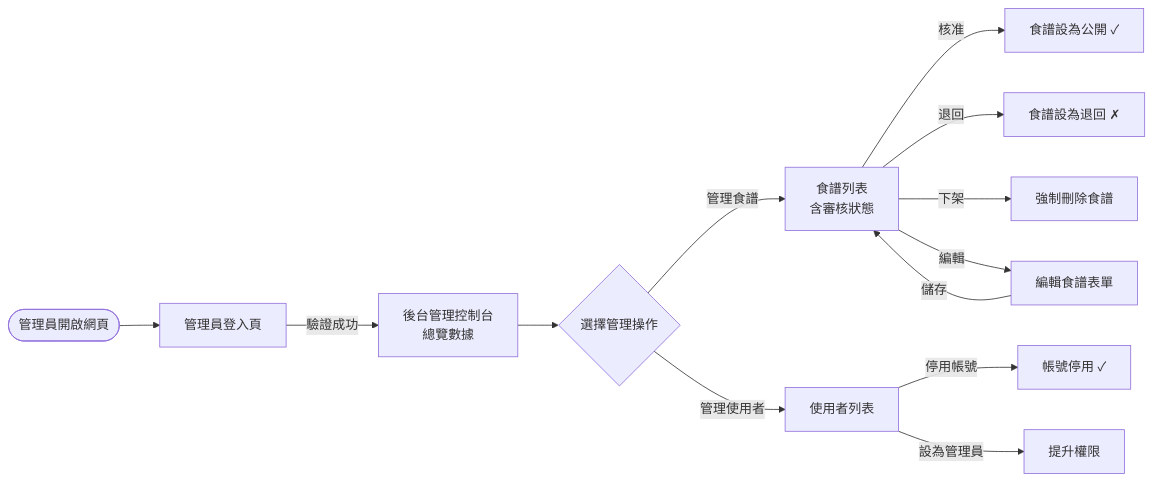
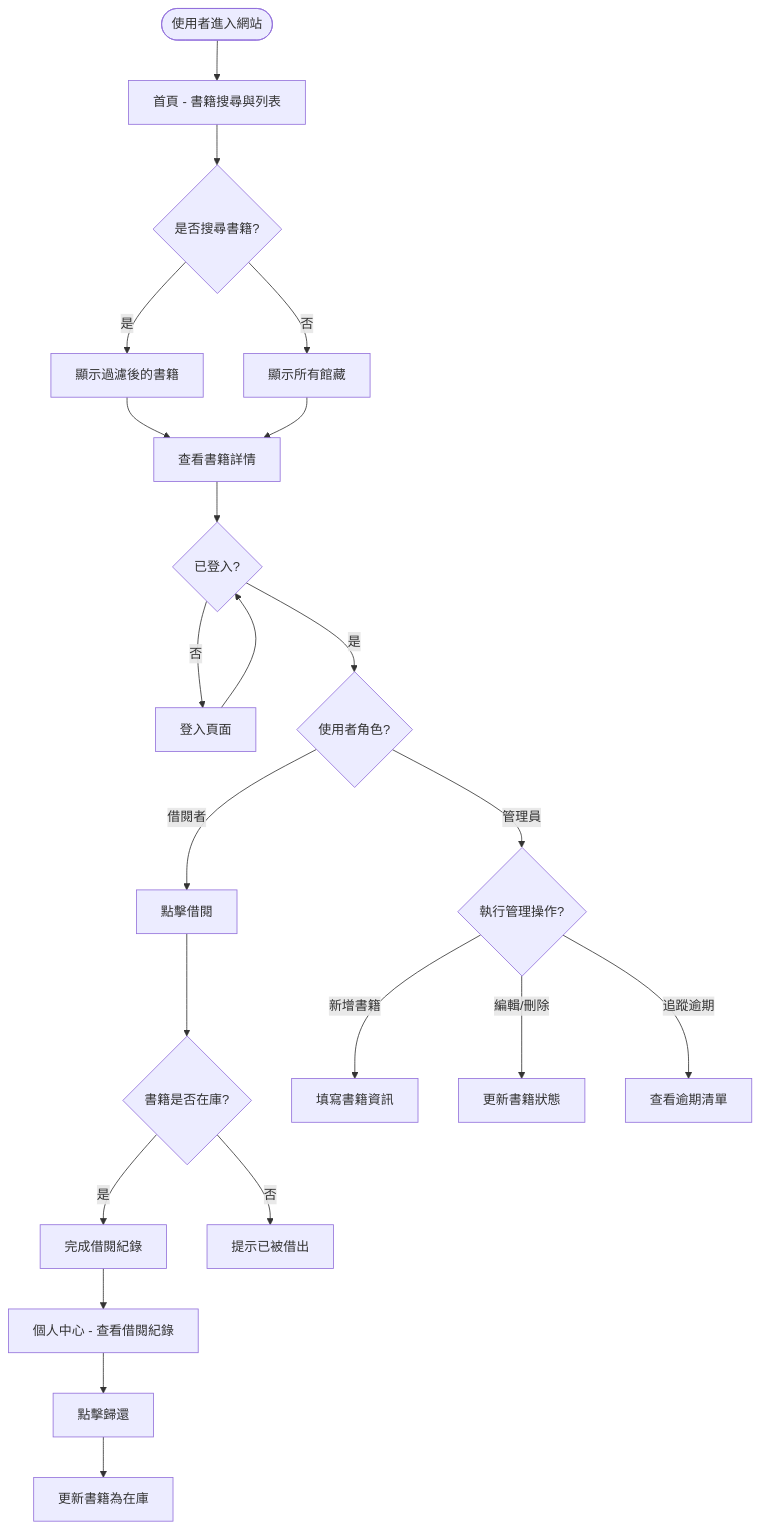
The first of 2 diagrams in docs/FLOWCHART.md (d1420235o365/web_app_development), drawn with Mermaid before and after one commit. The commit also changed other lines of this file, not shown here.

Commit message:
docs: add user flowchart

````diff
--- a/docs/FLOWCHART.md
+++ b/docs/FLOWCHART.md
@@ -55,18 +7,29 @@
 ```mermaid
-flowchart LR
-    AdminStart([管理員開啟網頁]) --> AdminLogin[管理員登入頁]
-    AdminLogin -->|驗證成功| Dashboard[後台管理控制台\n總覽數據]
-
-    Dashboard --> AdminAction{選擇管理操作}
-
-    AdminAction -->|管理食譜| RecipeList[食譜列表\n含審核狀態]
-    RecipeList -->|核准| Approve[食譜設為公開 ✓]
-    RecipeList -->|退回| Reject[食譜設為退回 ✗]
-    RecipeList -->|下架| Delete[強制刪除食譜]
-    RecipeList -->|編輯| EditForm[編輯食譜表單]
-    EditForm -->|儲存| RecipeList
-
-    AdminAction -->|管理使用者| UserList[使用者列表]
-    UserList -->|停用帳號| DisableUser[帳號停用 ✓]
-    UserList -->|設為管理員| SetAdmin[提升權限]
+flowchart TD
+    Start([使用者進入網站]) --> Home[首頁 - 書籍搜尋與列表]
+    Home --> Search{是否搜尋書籍?}
+    Search -->|是| SearchResult[顯示過濾後的書籍]
+    Search -->|否| AllBooks[顯示所有館藏]
+    
+    SearchResult & AllBooks --> Detail[查看書籍詳情]
+    
+    Detail --> AuthCheck{已登入?}
+    AuthCheck -->|否| Login[登入頁面]
+    Login --> AuthCheck
+    
+    AuthCheck -->|是| RoleCheck{使用者角色?}
+    
+    RoleCheck -->|借閱者| BorrowAction[點擊借閱]
+    BorrowAction --> BorrowStatus{書籍是否在庫?}
+    BorrowStatus -->|是| BorrowSuccess[完成借閱紀錄]
+    BorrowStatus -->|否| BorrowFail[提示已被借出]
+    
+    RoleCheck -->|管理員| AdminAction{執行管理操作?}
+    AdminAction -->|新增書籍| AddBook[填寫書籍資訊]
+    AdminAction -->|編輯/刪除| EditBook[更新書籍狀態]
+    AdminAction -->|追蹤逾期| OverdueList[查看逾期清單]
+    
+    BorrowSuccess --> Profile[個人中心 - 查看借閱紀錄]
+    Profile --> ReturnAction[點擊歸還]
+    ReturnAction --> ReturnSuccess[更新書籍為在庫]
 ```
````
